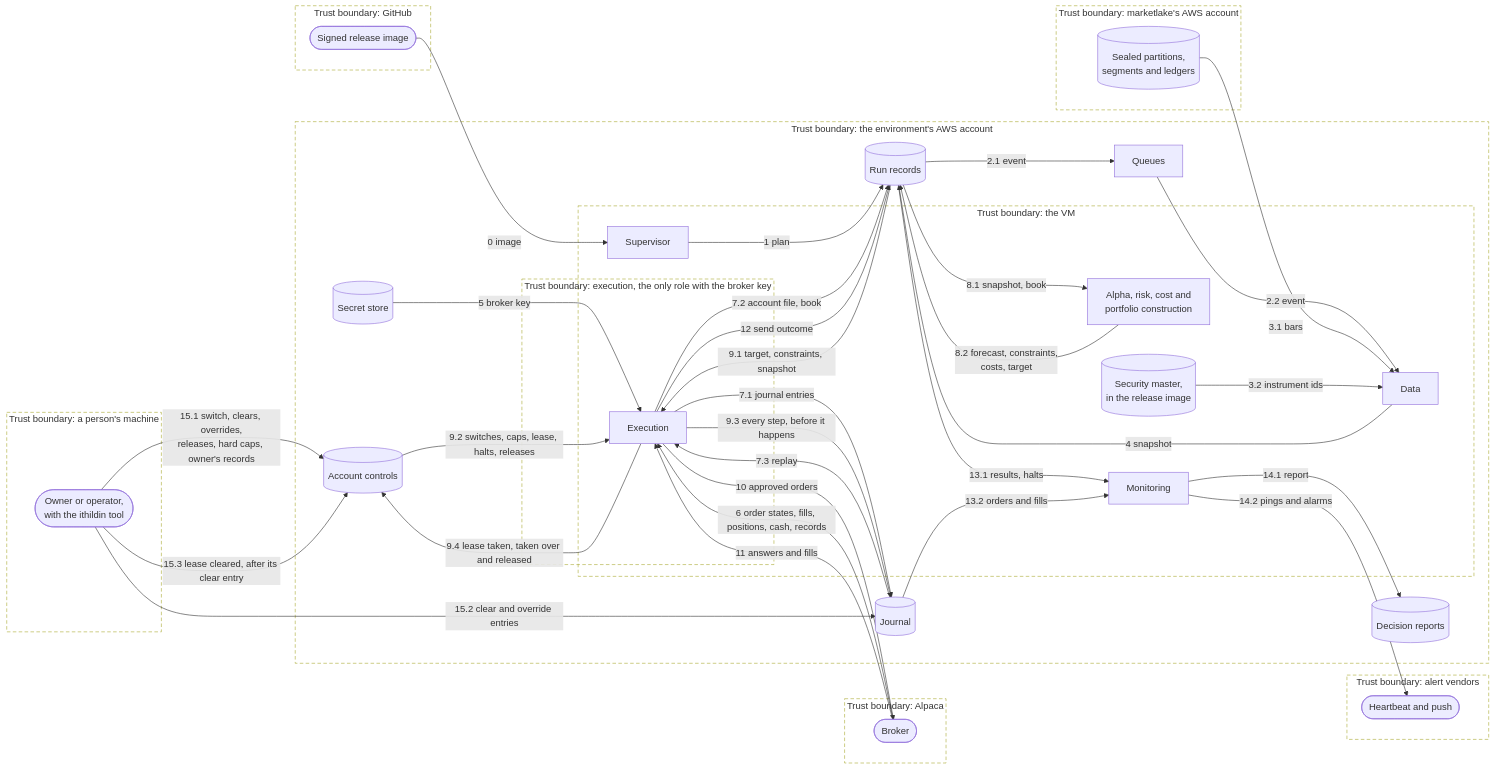
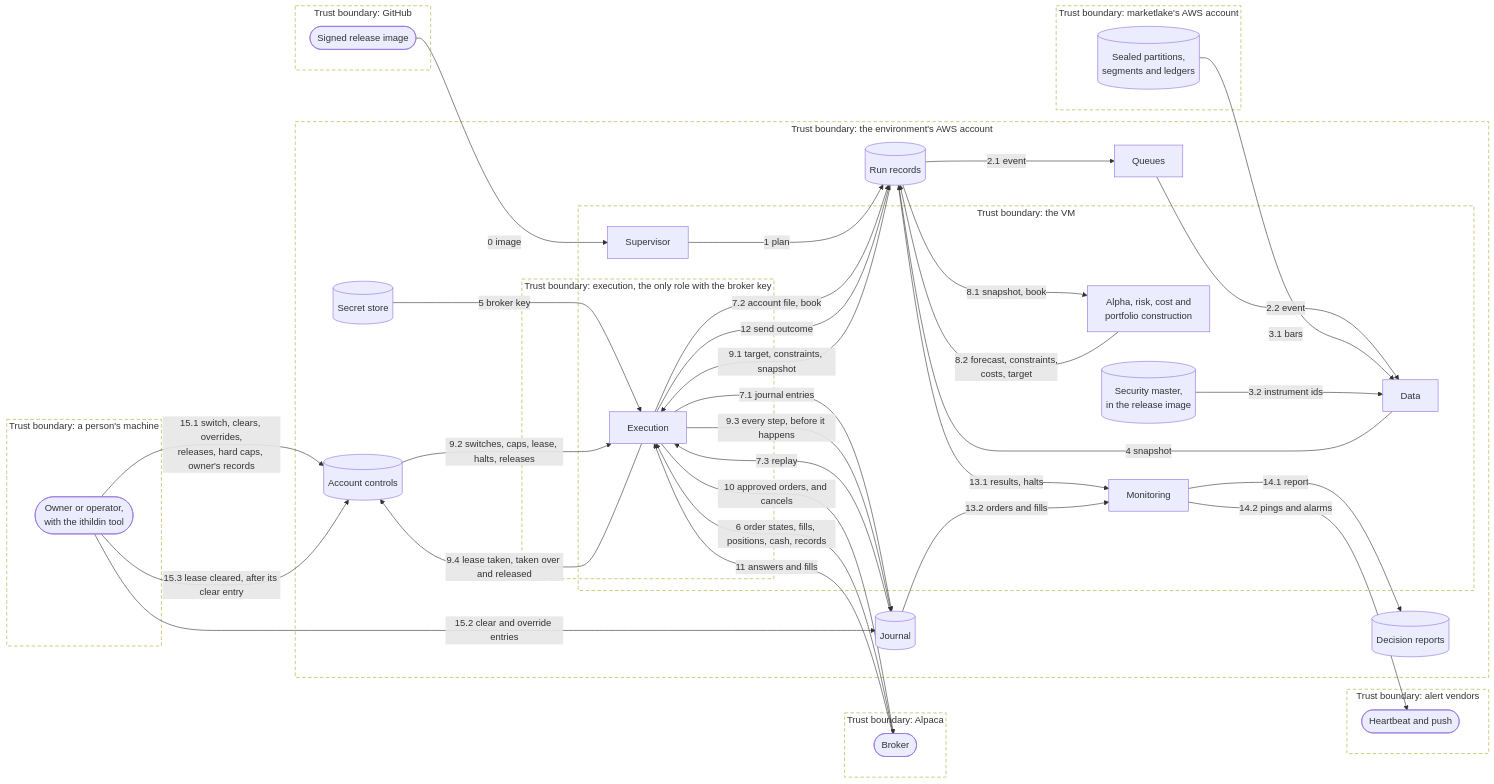
One commit to l3a0/ithildin-runtime changed the first of 17 diagrams in docs/architecture/06-runtime.md. Above: the diagram before and after it, drawn with Mermaid. The commit also changed other lines of this file and 15 other files, not shown here.

First line of the commit message:
docs: apply a review round of the merged slice 1 architecture and design (#69)

````diff
--- a/docs/architecture/06-runtime.md
+++ b/docs/architecture/06-runtime.md
@@ -47,68 +47,68 @@
 ```mermaid
 flowchart LR
     subgraph tb_person["Trust boundary: a person's machine"]
         person(["Owner or operator,<br/>with the ithildin tool"])
     end
     subgraph tb_github["Trust boundary: GitHub"]
         registry(["Signed release image"])
     end
     subgraph tb_marketlake["Trust boundary: marketlake's AWS account"]
         lake[("Sealed partitions,<br/>segments and ledgers")]
     end
     subgraph tb_broker["Trust boundary: Alpaca"]
         brokerx(["Broker"])
     end
     subgraph tb_alert["Trust boundary: alert vendors"]
         alert(["Heartbeat and push"])
     end
     subgraph tb_account["Trust boundary: the environment's AWS account"]
         subgraph tb_vm["Trust boundary: the VM"]
             sup["Supervisor"]
             data["Data"]
             models["Alpha, risk, cost and<br/>portfolio construction"]
             mon["Monitoring"]
             d2[("Security master,<br/>in the release image")]
             subgraph tb_exec["Trust boundary: execution, the only role with the broker key"]
                 exec["Execution"]
             end
         end
         queue["Queues"]
         secret[("Secret store")]
         d1[("Run records")]
         d3[("Journal")]
         d4[("Decision reports")]
         d5[("Account controls")]
     end
 
     registry -->|"0 image"| sup
     sup -->|"1 plan"| d1
     d1 -->|"2.1 event"| queue
     queue -->|"2.2 event"| data
     lake -->|"3.1 bars"| data
     d2 -->|"3.2 instrument ids"| data
     data -->|"4 snapshot"| d1
     secret -->|"5 broker key"| exec
     brokerx -->|"6 order states, fills, positions, cash, records"| exec
     exec -->|"7.1 journal entries"| d3
     exec -->|"7.2 account file, book"| d1
     d3 -->|"7.3 replay"| exec
     d1 -->|"8.1 snapshot, book"| models
     models -->|"8.2 forecast, constraints,<br/>costs, target"| d1
     d1 -->|"9.1 target, constraints, snapshot"| exec
     d5 -->|"9.2 switches, caps, lease, halts, releases"| exec
     exec -->|"9.3 every step, before it happens"| d3
     exec -->|"9.4 lease taken, taken over and released"| d5
-    exec -->|"10 approved orders"| brokerx
+    exec -->|"10 approved orders, and cancels"| brokerx
     brokerx -->|"11 answers and fills"| exec
     exec -->|"12 send outcome"| d1
     d1 -->|"13.1 results, halts"| mon
     d3 -->|"13.2 orders and fills"| mon
     mon -->|"14.1 report"| d4
     mon -->|"14.2 pings and alarms"| alert
     person -->|"15.1 switch, clears, overrides,<br/>releases, hard caps, owner's records"| d5
     person -->|"15.2 clear and override entries"| d3
     person -->|"15.3 lease cleared, after its clear entry"| d5
 
     classDef boundary fill:none,stroke-dasharray:6 4
     class tb_person,tb_github,tb_marketlake,tb_broker,tb_alert,tb_account,tb_vm,tb_exec boundary
 ```
````
